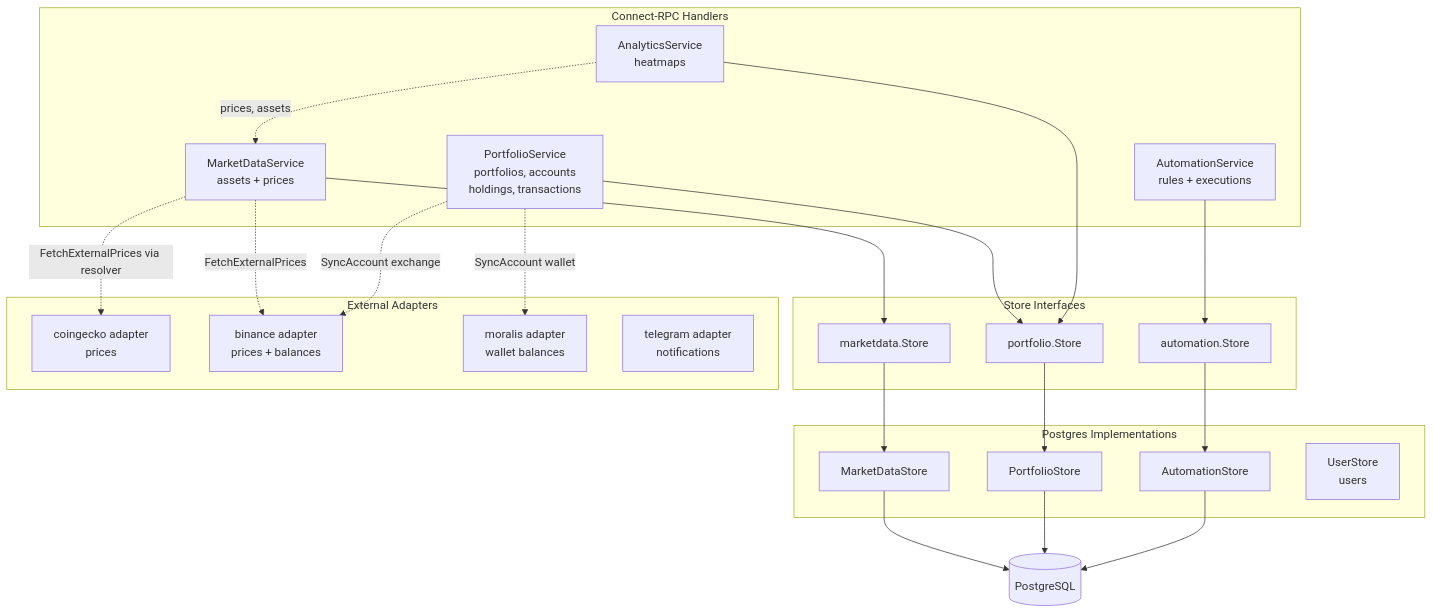
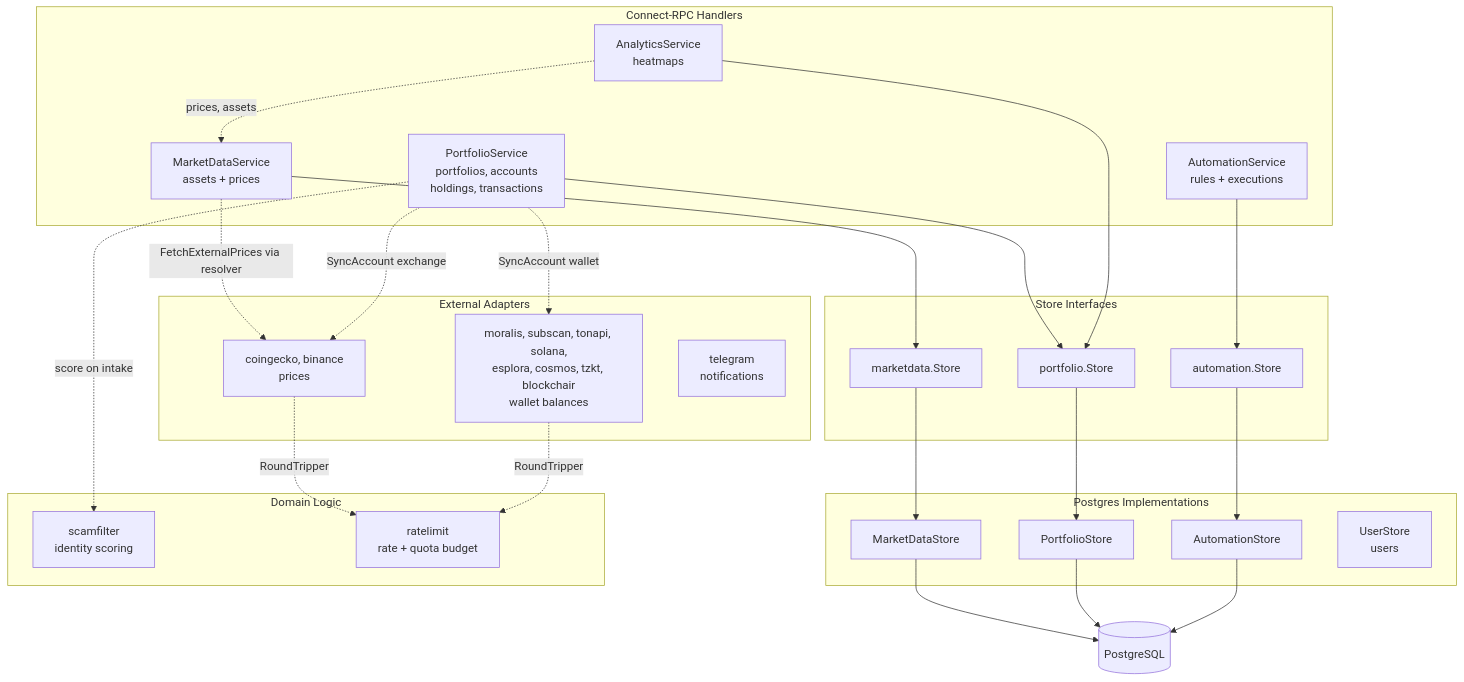
Before and after one commit to foxcool/greedy-eye: the third of 3 diagrams in docs/architecture.md, drawn with Mermaid. The commit also changed other lines of this file, not shown here.

````diff
--- a/docs/architecture.md
+++ b/docs/architecture.md
@@ -275,40 +276,46 @@
 ```mermaid
 graph TB
     subgraph "Connect-RPC Handlers"
         MDS[MarketDataService<br/>assets + prices]
         PS[PortfolioService<br/>portfolios, accounts<br/>holdings, transactions]
         AS[AutomationService<br/>rules + executions]
         ANS[AnalyticsService<br/>heatmaps]
     end
 
     subgraph "Store Interfaces"
         MDSI[marketdata.Store]
         PSI[portfolio.Store]
         ASI[automation.Store]
     end
 
     subgraph "Postgres Implementations"
         MDSP[MarketDataStore]
         PSP[PortfolioStore]
         ASP[AutomationStore]
         SSP[UserStore<br/>users]
     end
 
     subgraph "External Adapters"
-        CoinGecko[coingecko adapter<br/>prices]
-        Binance[binance adapter<br/>prices + balances]
-        Moralis[moralis adapter<br/>wallet balances]
-        Telegram[telegram adapter<br/>notifications]
+        Prices[coingecko, binance<br/>prices]
+        Wallets[moralis, subscan, tonapi, solana,<br/>esplora, cosmos, tzkt, blockchair<br/>wallet balances]
+        Telegram[telegram<br/>notifications]
+    end
+
+    subgraph "Domain Logic"
+        SF[scamfilter<br/>identity scoring]
+        RL[ratelimit<br/>rate + quota budget]
     end
 
     MDS --> MDSI --> MDSP --> DB[(PostgreSQL)]
     PS  --> PSI  --> PSP  --> DB
     AS  --> ASI  --> ASP  --> DB
     ANS --> PSI
     ANS -.->|prices, assets| MDS
 
-    MDS -.->|FetchExternalPrices via resolver| CoinGecko
-    MDS -.->|FetchExternalPrices| Binance
-    PS  -.->|SyncAccount wallet| Moralis
-    PS  -.->|SyncAccount exchange| Binance
+    MDS -.->|FetchExternalPrices via resolver| Prices
+    PS  -.->|SyncAccount wallet| Wallets
+    PS  -.->|SyncAccount exchange| Prices
+    PS  -.->|score on intake| SF
+    Prices -.->|RoundTripper| RL
+    Wallets -.->|RoundTripper| RL
 ```
````
